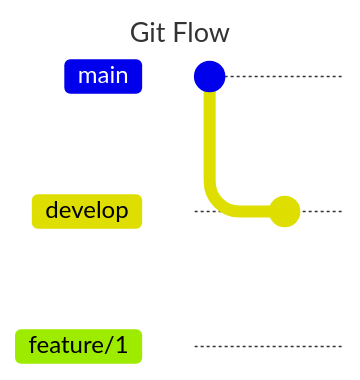
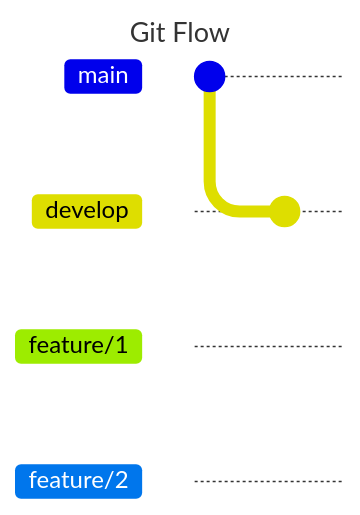
The diagram in README.md (Weydon-Ding/learn-gitflow), drawn with Mermaid before and after one commit. Commit ids are hidden.

Commit message:
feat: branch feature/2

````diff
--- a/README.md
+++ b/README.md
@@ -3,13 +3,14 @@
 ```mermaid
 ---
 title: Git Flow
 ---
 
 gitGraph
 
 commit
 branch develop
 
 commit
 branch feature/1
+branch feature/2
 ```
````
